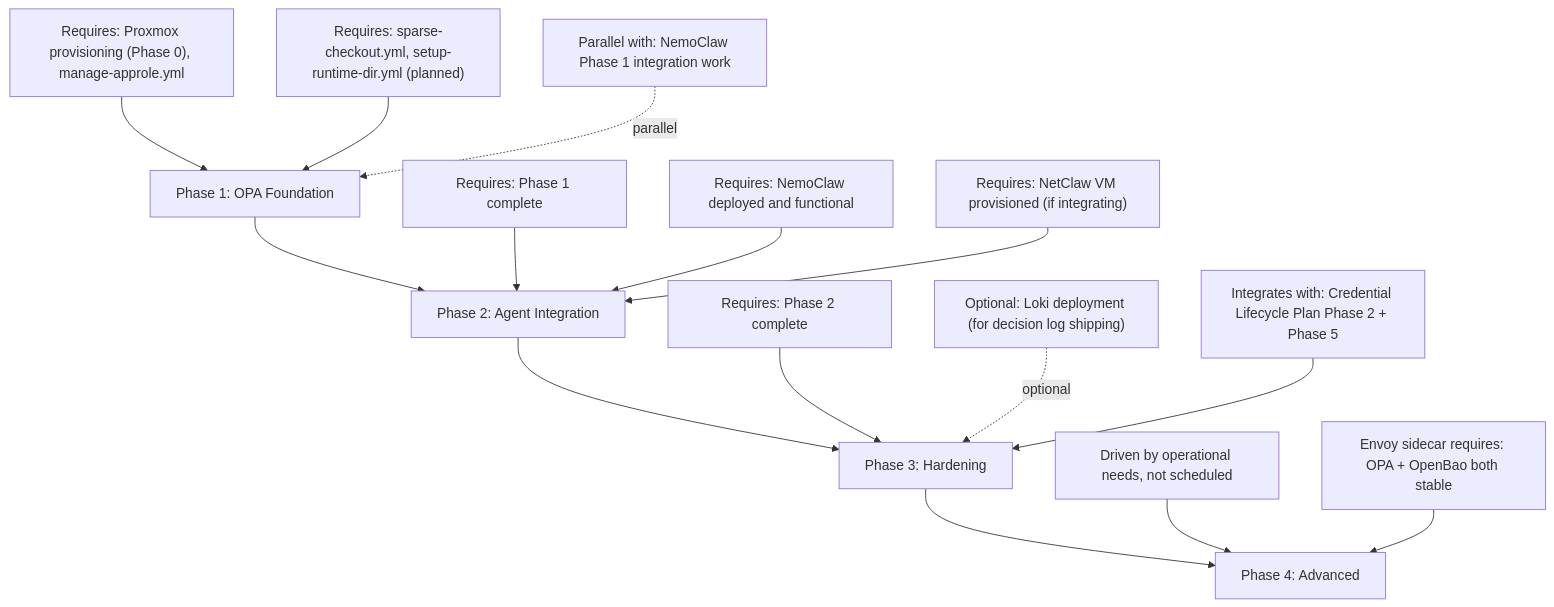
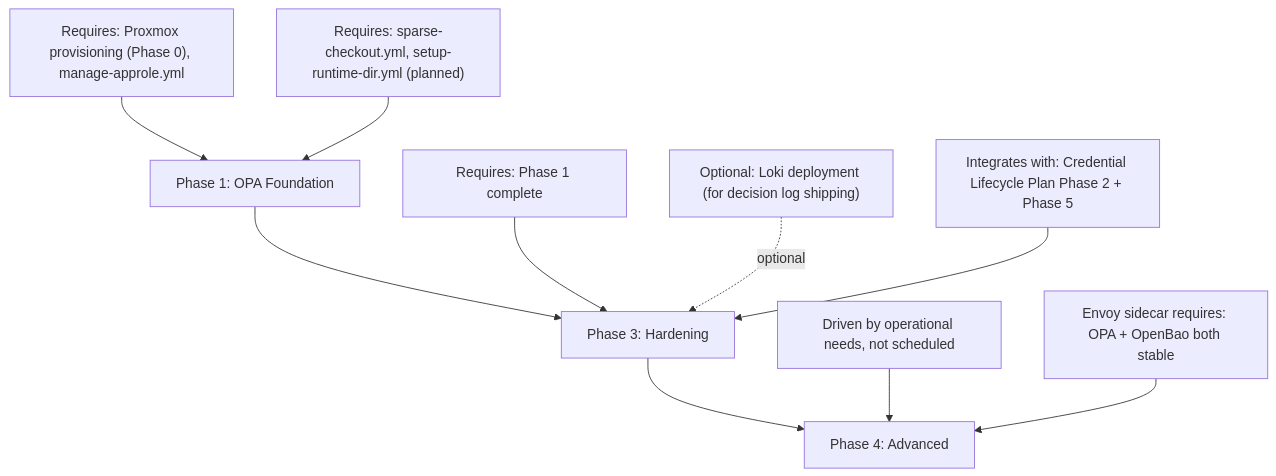
The fifth of 6 diagrams in plan/development/03-guardrails-governance.md (uhstray-io/agent-cloud), drawn with Mermaid before and after one commit. The commit also changed other lines of this file and 16 other files, not shown here.

````diff
--- a/plan/development/03-guardrails-governance.md
+++ b/plan/development/03-guardrails-governance.md
@@ -815,36 +632,25 @@
 ```mermaid
 graph TD
     P1["Phase 1: OPA Foundation"]
     P1R1["Requires: Proxmox provisioning (Phase 0), manage-approle.yml"]
     P1R2["Requires: sparse-checkout.yml, setup-runtime-dir.yml (planned)"]
-    P1R3["Parallel with: NemoClaw Phase 1 integration work"]
-
-    P2["Phase 2: Agent Integration"]
-    P2R1["Requires: Phase 1 complete"]
-    P2R2["Requires: NemoClaw deployed and functional"]
-    P2R3["Requires: NetClaw VM provisioned (if integrating)"]
 
     P3["Phase 3: Hardening"]
-    P3R1["Requires: Phase 2 complete"]
+    P3R1["Requires: Phase 1 complete"]
     P3R2["Optional: Loki deployment (for decision log shipping)"]
     P3R3["Integrates with: Credential Lifecycle Plan Phase 2 + Phase 5"]
 
     P4["Phase 4: Advanced"]
     P4R1["Driven by operational needs, not scheduled"]
     P4R2["Envoy sidecar requires: OPA + OpenBao both stable"]
 
     P1R1 --> P1
     P1R2 --> P1
-    P1R3 -. "parallel" .-> P1
-    P1 --> P2
-    P2R1 --> P2
-    P2R2 --> P2
-    P2R3 --> P2
-    P2 --> P3
+    P1 --> P3
     P3R1 --> P3
     P3R2 -. "optional" .-> P3
     P3R3 --> P3
     P3 --> P4
     P4R1 --> P4
     P4R2 --> P4
 ```
````
